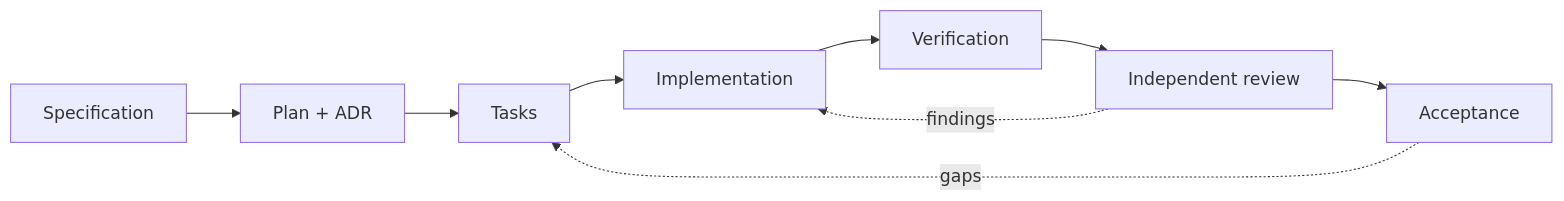
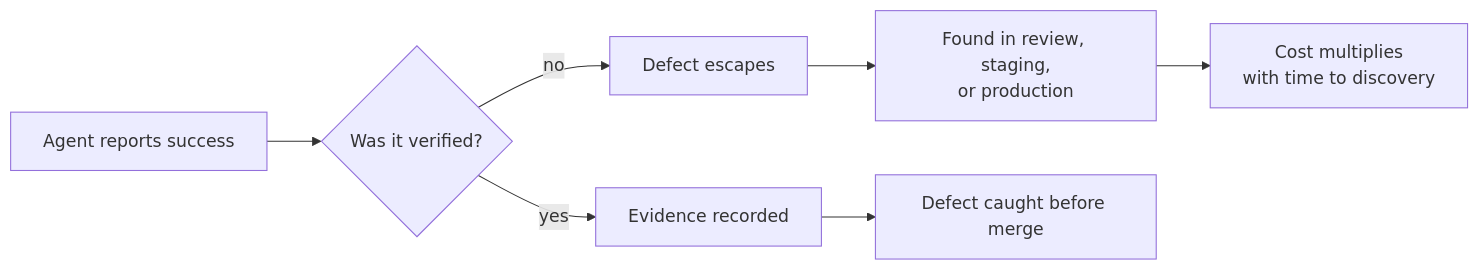
One commit to metodiev/Spec-Driven-Development-SDD changed the sixth of 25 diagrams in README.md. Above: the diagram before and after it, drawn with Mermaid. The commit also changed other lines of this file and 15 other files, not shown here.

````diff
--- a/README.md
+++ b/README.md
@@ -22,11 +164,9 @@
 ```mermaid
 flowchart LR
-    A["Specification"] --> B["Plan + ADR"]
-    B --> C["Tasks"]
-    C --> D["Implementation"]
-    D --> E["Verification"]
-    E --> F["Independent review"]
-    F --> G["Acceptance"]
-    F -.->|findings| D
-    G -.->|gaps| C
+    A["Agent reports success"] --> B{"Was it verified?"}
+    B -->|no| C["Defect escapes"]
+    C --> D["Found in review, staging,<br/>or production"]
+    D --> E["Cost multiplies<br/>with time to discovery"]
+    B -->|yes| F["Evidence recorded"]
+    F --> G["Defect caught before merge"]
 ```
````
